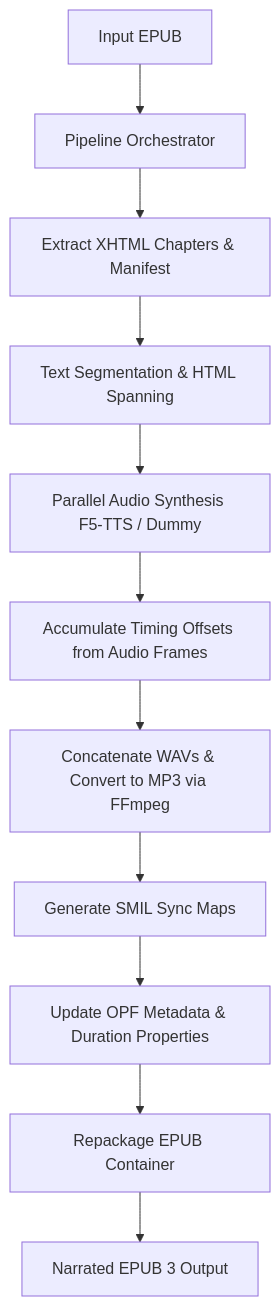
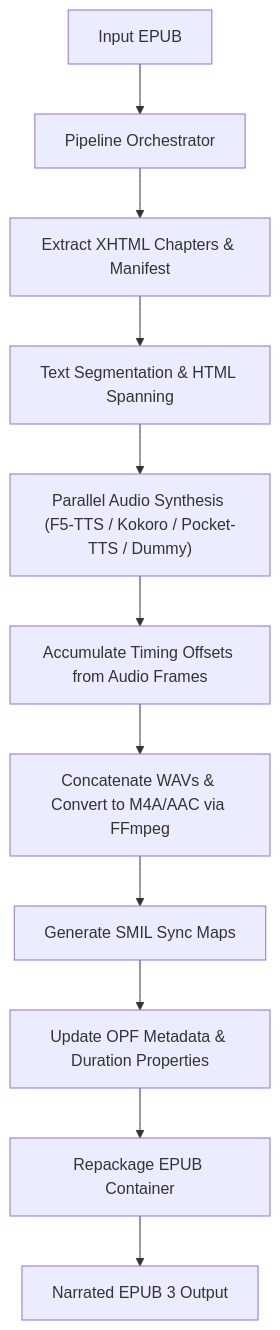
Before and after one commit to elee02/epuboverlay: the diagram in README.md, drawn with Mermaid. The commit also changed other lines of this file and 1 other file, not shown here.

Commit message:
feat: integrate Kokoro and Pocket-TTS support, add M4A encoding, and update project dependencies

````diff
--- a/README.md
+++ b/README.md
@@ -32,13 +32,13 @@
 ```mermaid
 flowchart TD
     A[Input EPUB] --> B[Pipeline Orchestrator]
     B --> C[Extract XHTML Chapters & Manifest]
     C --> D[Text Segmentation & HTML Spanning]
-    D --> E[Parallel Audio Synthesis F5-TTS / Dummy]
+    D --> E["Parallel Audio Synthesis (F5-TTS / Kokoro / Pocket-TTS / Dummy)"]
     E --> F[Accumulate Timing Offsets from Audio Frames]
-    F --> G[Concatenate WAVs & Convert to MP3 via FFmpeg]
+    F --> G[Concatenate WAVs & Convert to M4A/AAC via FFmpeg]
     G --> H[Generate SMIL Sync Maps]
     H --> I[Update OPF Metadata & Duration Properties]
     I --> J[Repackage EPUB Container]
     J --> K[Narrated EPUB 3 Output]
 ```
````
